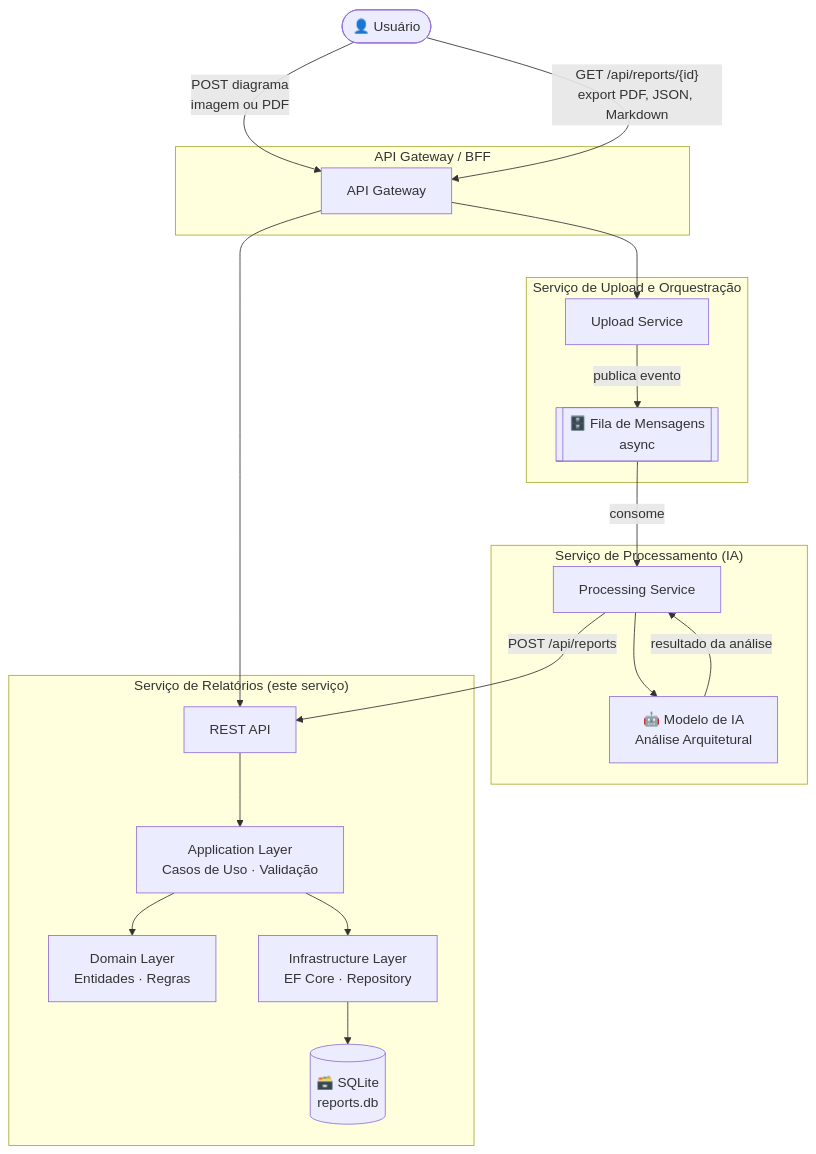
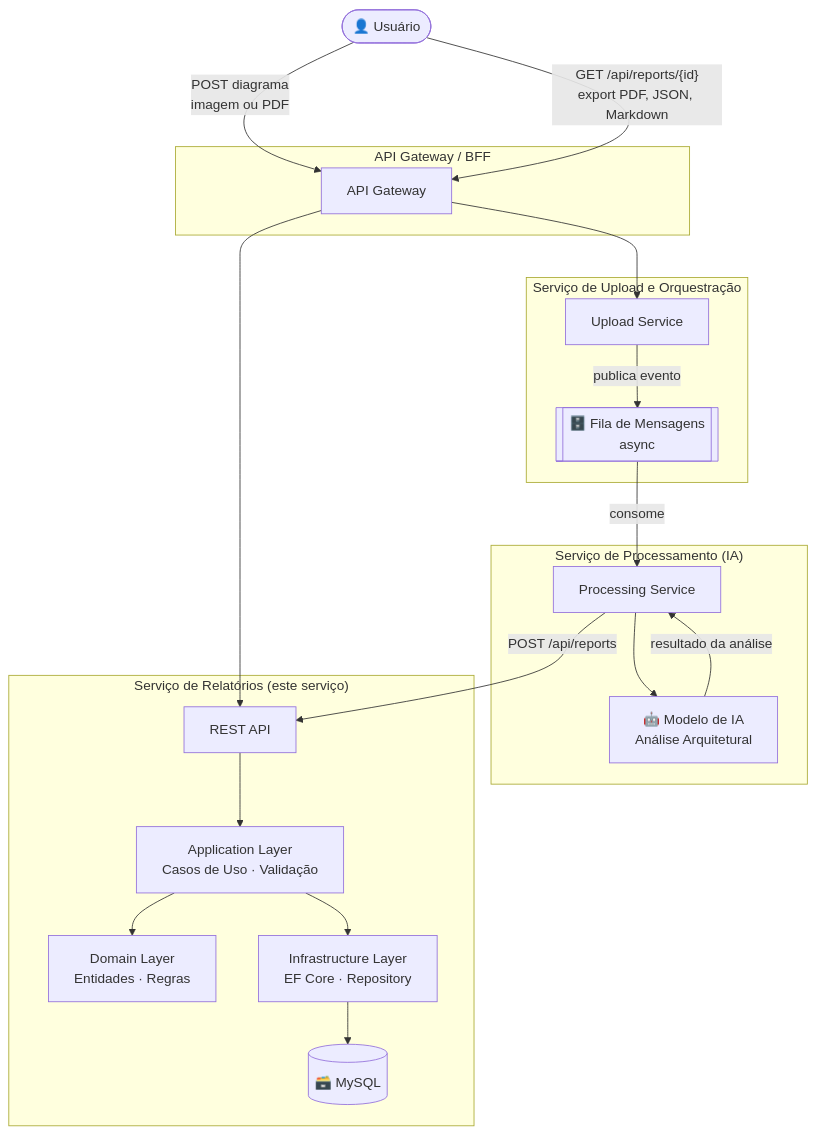
One commit to FIAP-SOAT-Net/fiap-soat-hackaton-reports changed the first of 4 diagrams in docs/architecture.md. Above: the diagram before and after it, drawn with Mermaid. The commit also changed other lines of this file and 1 other file, not shown here.

First line of the commit message:
docs: atualizar README e diagrama para refletir migração para MySQL

````diff
--- a/docs/architecture.md
+++ b/docs/architecture.md
@@ -5,42 +5,42 @@
 ```mermaid
 graph TD
     User(["👤 Usuário"])
 
     subgraph Gateway["API Gateway / BFF"]
         GW["API Gateway"]
     end
 
     subgraph Upload["Serviço de Upload e Orquestração"]
         UPL["Upload Service"]
         QUEUE[["🗄️ Fila de Mensagens\nasync"]]
     end
 
     subgraph Processing["Serviço de Processamento (IA)"]
         PROC["Processing Service"]
         AI["🤖 Modelo de IA\nAnálise Arquitetural"]
     end
 
     subgraph Reports["Serviço de Relatórios (este serviço)"]
         API["REST API"]
         APP["Application Layer\nCasos de Uso · Validação"]
         DOMAIN["Domain Layer\nEntidades · Regras"]
         INFRA["Infrastructure Layer\nEF Core · Repository"]
-        DB[("🗃️ SQLite\nreports.db")]
+        DB[("🗃️ MySQL")]
     end
 
     User -->|"POST diagrama\nimagem ou PDF"| GW
     GW --> UPL
     UPL -->|"publica evento"| QUEUE
     QUEUE -->|"consome"| PROC
     PROC --> AI
     AI -->|"resultado da análise"| PROC
     PROC -->|"POST /api/reports"| API
 
     API --> APP
     APP --> DOMAIN
     APP --> INFRA
     INFRA --> DB
 
     User -->|"GET /api/reports/{id}\nexport PDF, JSON, Markdown"| GW
     GW --> API
 ```
````
